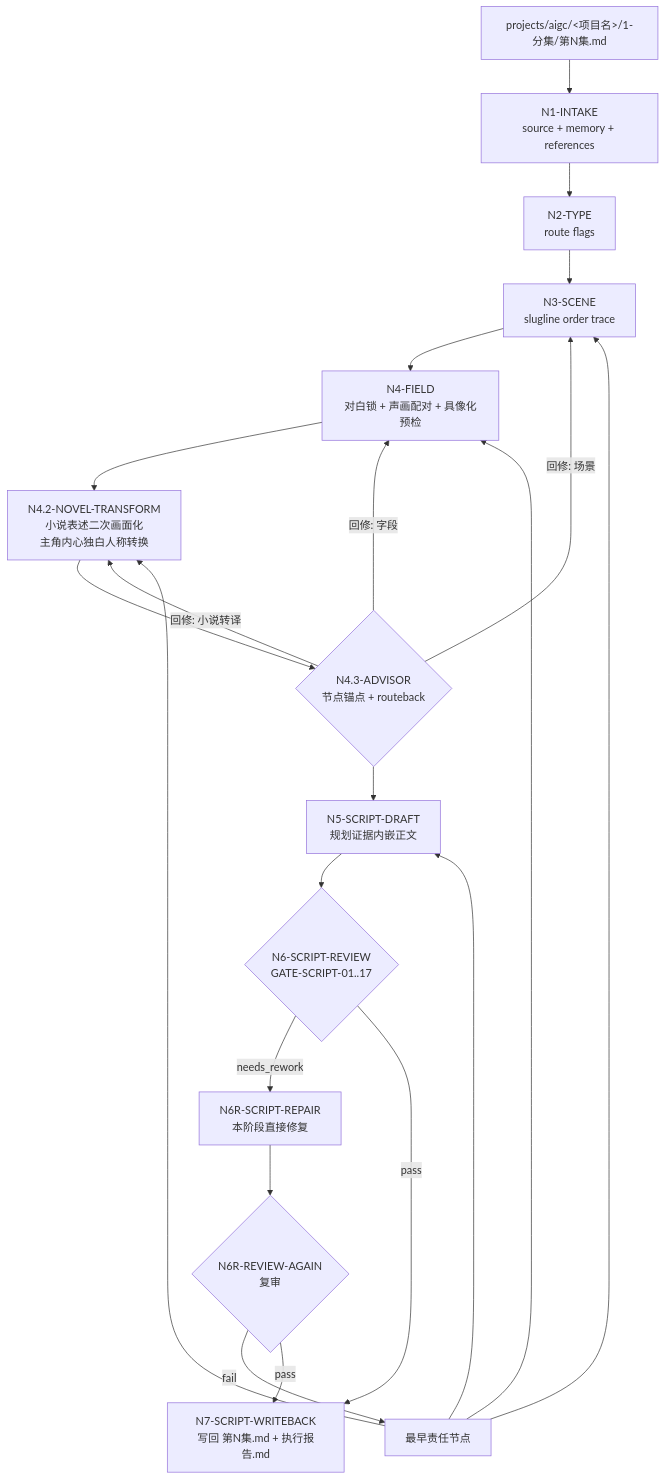
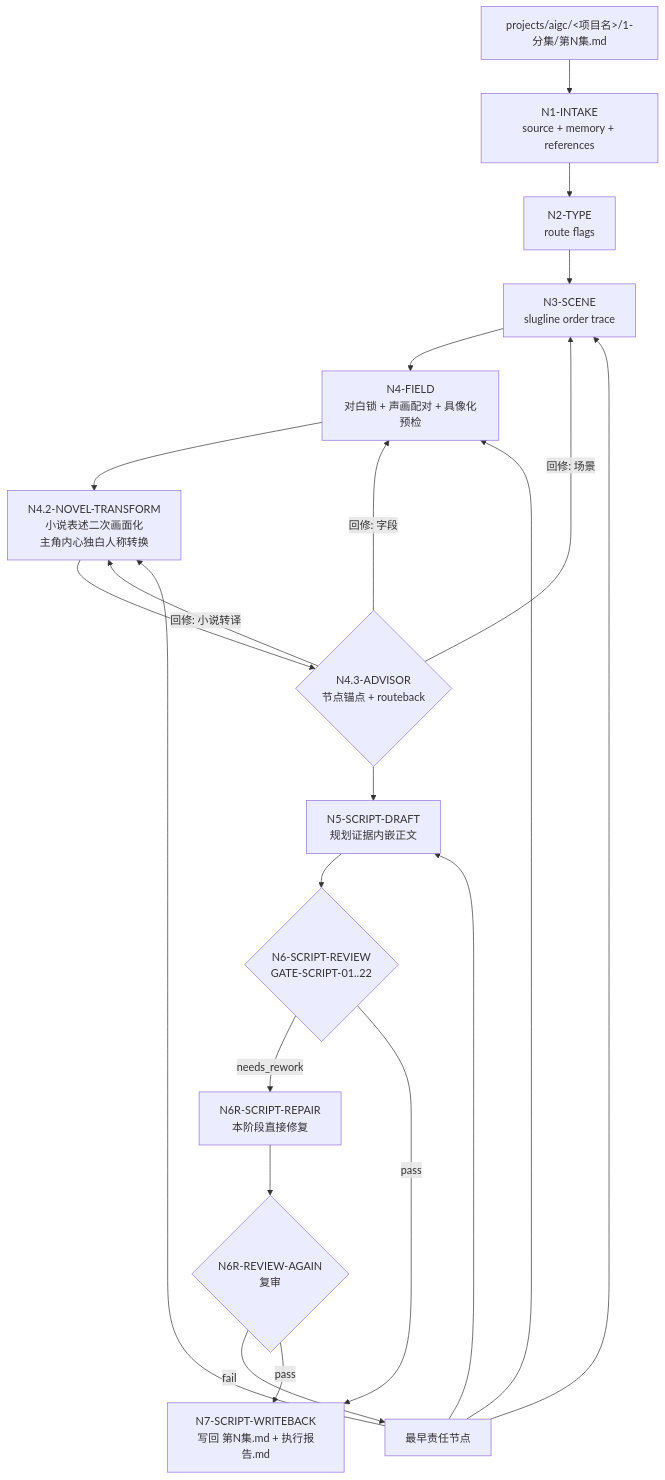
Before and after one commit to ZEN-VOID/AI-CUT: the first of 2 diagrams in .agents/skills/aigc/2-编剧/SKILL.md, drawn with Mermaid. The commit also changed other lines of this file and 137 other files, not shown here.

````diff
--- a/.agents/skills/aigc/2-编剧/SKILL.md
+++ b/.agents/skills/aigc/2-编剧/SKILL.md
@@ -281,23 +303,23 @@
 ```mermaid
 flowchart TD
     A["projects/aigc/<项目名>/1-分集/第N集.md"] --> B["N1-INTAKE\nsource + memory + references"]
     B --> C["N2-TYPE\nroute flags"]
     C --> D["N3-SCENE\nslugline order trace"]
     D --> E["N4-FIELD\n对白锁 + 声画配对 + 具像化预检"]
     E --> NT["N4.2-NOVEL-TRANSFORM\n小说表述二次画面化\n主角内心独白人称转换"]
     NT --> ADV{"N4.3-ADVISOR\n节点锚点 + routeback"}
     ADV -->|"回修: 场景"| D
     ADV -->|"回修: 字段"| E
     ADV -->|"回修: 小说转译"| NT
     ADV --> M["N5-SCRIPT-DRAFT\n规划证据内嵌正文"]
-    M --> R{"N6-SCRIPT-REVIEW\nGATE-SCRIPT-01..17"}
+    M --> R{"N6-SCRIPT-REVIEW\nGATE-SCRIPT-01..22"}
     R -->|"needs_rework"| RR["N6R-SCRIPT-REPAIR\n本阶段直接修复"]
     RR --> R2{"N6R-REVIEW-AGAIN\n复审"}
     R2 -->|"fail"| RB["最早责任节点"]
     RB --> D
     RB --> E
     RB --> NT
     RB --> M
     R2 -->|"pass"| W["N7-SCRIPT-WRITEBACK\n写回 第N集.md + 执行报告.md"]
     R -->|"pass"| W
 ```
````
